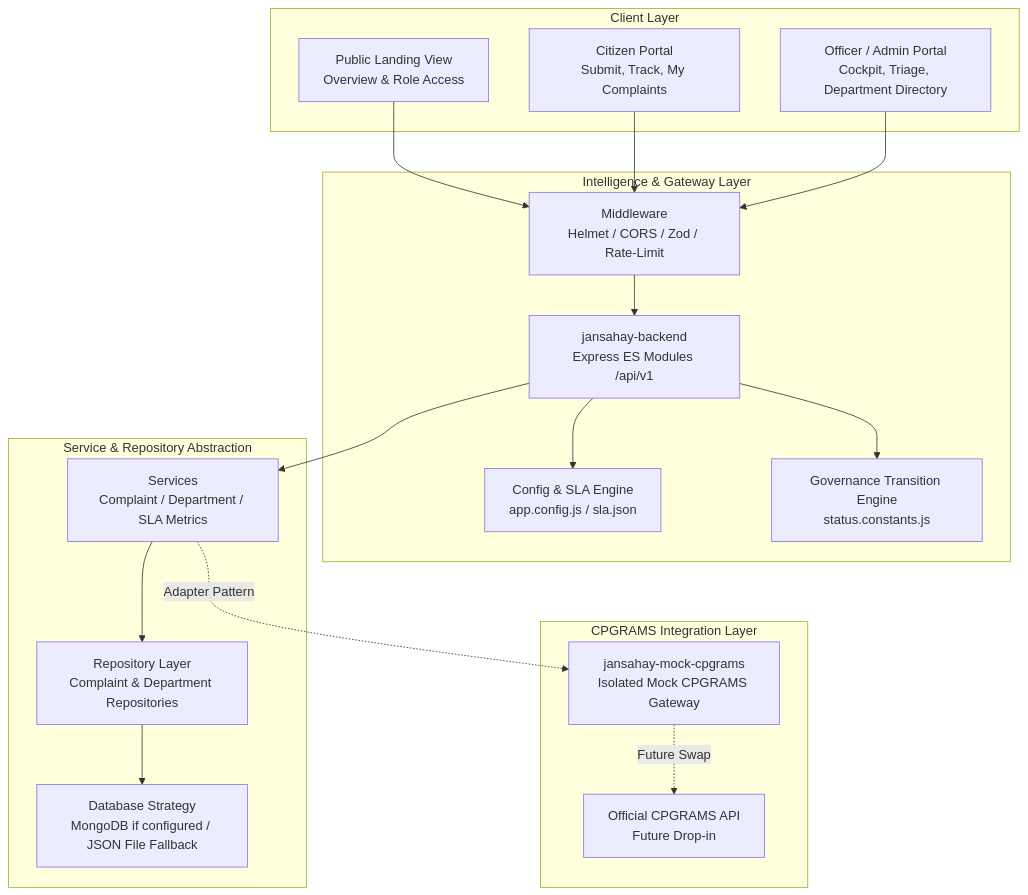
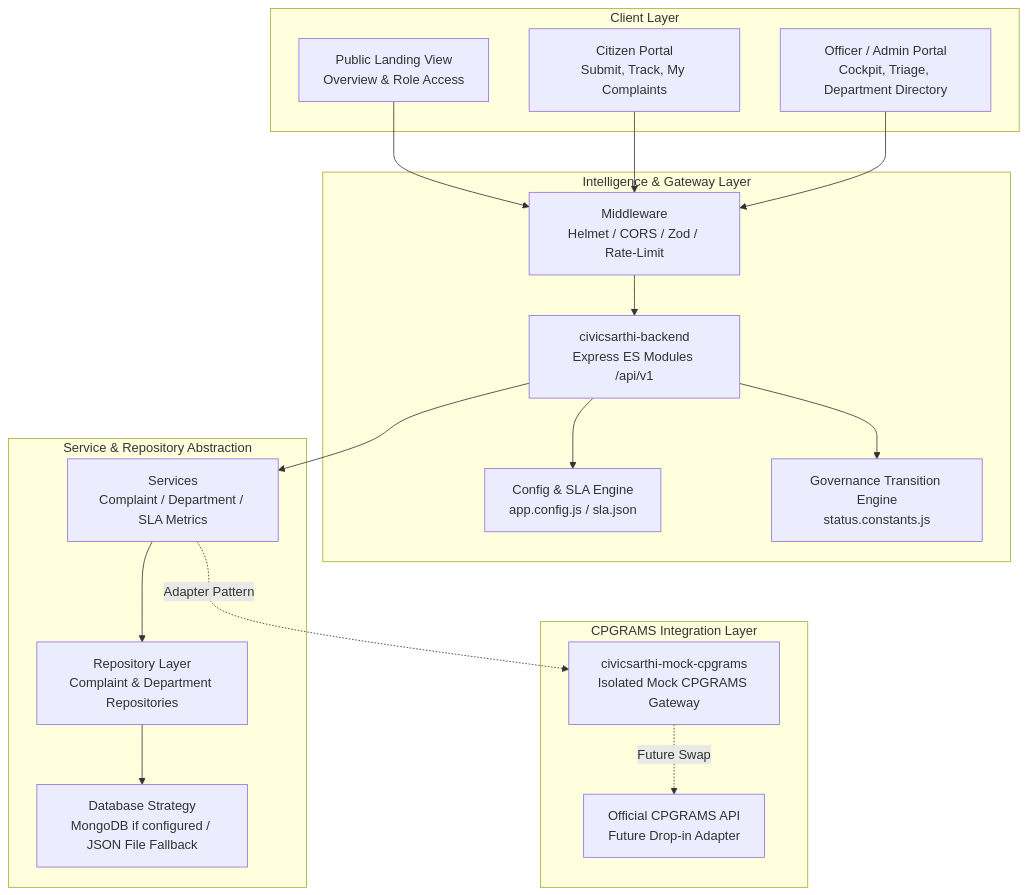
Before and after one commit to jiya25001126/CivicSarthi--Intelligent-Civic-Complaint-Incident-Resolution-System: the diagram in docs/architecture.md, drawn with Mermaid. The commit also changed other lines of this file and 36 other files, not shown here.

Commit message:
phase-00: repository migration to CivicSarthi, branding update, and revised 16-phase roadmap

````diff
--- a/docs/architecture.md
+++ b/docs/architecture.md
@@ -19,38 +19,38 @@
 ```mermaid
 graph TD
     subgraph Client Layer
-        LP[Public Landing View<br/>Overview & Role Access]
-        CP[Citizen Portal<br/>Submit, Track, My Complaints]
-        OP[Officer / Admin Portal<br/>Cockpit, Triage, Department Directory]
+        LP["Public Landing View<br/>Overview & Role Access"]
+        CP["Citizen Portal<br/>Submit, Track, My Complaints"]
+        OP["Officer / Admin Portal<br/>Cockpit, Triage, Department Directory"]
     end
 
     subgraph Intelligence & Gateway Layer
-        BE[jansahay-backend<br/>Express ES Modules /api/v1]
-        CONFIG[Config & SLA Engine<br/>app.config.js / sla.json]
-        MW[Middleware<br/>Helmet / CORS / Zod / Rate-Limit]
-        VAL[Governance Transition Engine<br/>status.constants.js]
+        BE["civicsarthi-backend<br/>Express ES Modules /api/v1"]
+        CONFIG["Config & SLA Engine<br/>app.config.js / sla.json"]
+        MW["Middleware<br/>Helmet / CORS / Zod / Rate-Limit"]
+        VAL["Governance Transition Engine<br/>status.constants.js"]
     end
 
     subgraph Service & Repository Abstraction
-        SRV[Services<br/>Complaint / Department / SLA Metrics]
-        REPO[Repository Layer<br/>Complaint & Department Repositories]
-        DB[Database Strategy<br/>MongoDB if configured / JSON File Fallback]
+        SRV["Services<br/>Complaint / Department / SLA Metrics"]
+        REPO["Repository Layer<br/>Complaint & Department Repositories"]
+        DB["Database Strategy<br/>MongoDB if configured / JSON File Fallback"]
     end
 
     subgraph CPGRAMS Integration Layer
-        MOCK[jansahay-mock-cpgrams<br/>Isolated Mock CPGRAMS Gateway]
-        REAL[Official CPGRAMS API<br/>Future Drop-in]
+        MOCK["civicsarthi-mock-cpgrams<br/>Isolated Mock CPGRAMS Gateway"]
+        REAL["Official CPGRAMS API<br/>Future Drop-in Adapter"]
     end
 
     LP --> MW
     CP --> MW
     OP --> MW
     MW --> BE
     BE --> CONFIG
     BE --> VAL
     BE --> SRV
     SRV --> REPO
     REPO --> DB
     SRV -.->|Adapter Pattern| MOCK
     MOCK -.->|Future Swap| REAL
 ```
````
